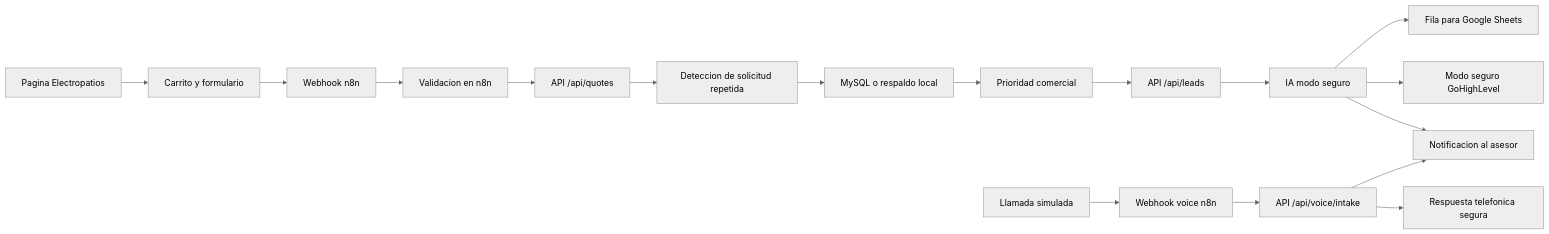
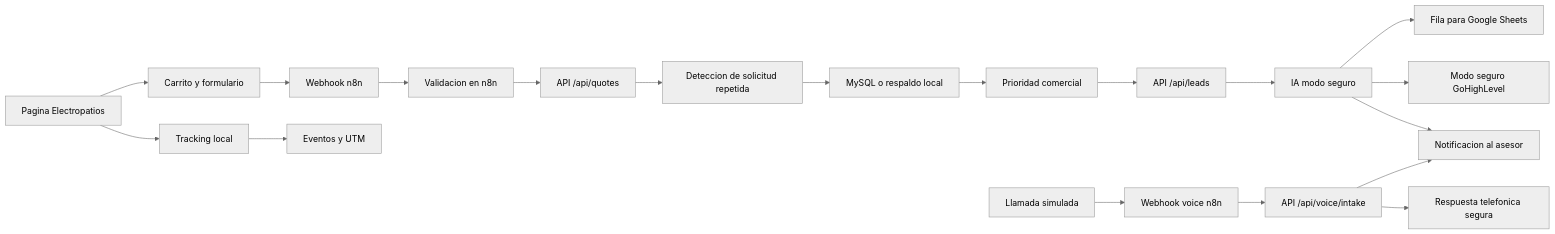
The diagram in README.md (deyson24ivan/electropatios-quote-system), drawn with Mermaid (neutral theme) before and after one commit. The commit also changed other lines of this file and 13 other files, not shown here.

Commit message:
Add local tracking and UTM events

````diff
--- a/README.md
+++ b/README.md
@@ -162,19 +171,21 @@
 ```mermaid
 flowchart LR
   A["Pagina Electropatios"] --> B["Carrito y formulario"]
   B --> C["Webhook n8n"]
   C --> D["Validacion en n8n"]
   D --> E["API /api/quotes"]
   E --> F["Deteccion de solicitud repetida"]
   F --> G["MySQL o respaldo local"]
   G --> H["Prioridad comercial"]
   H --> I["API /api/leads"]
   I --> J["IA modo seguro"]
   J --> K["Fila para Google Sheets"]
   J --> L["Modo seguro GoHighLevel"]
   J --> M["Notificacion al asesor"]
+  A --> R["Tracking local"]
+  R --> S["Eventos y UTM"]
   N["Llamada simulada"] --> O["Webhook voice n8n"]
   O --> P["API /api/voice/intake"]
   P --> Q["Respuesta telefonica segura"]
   P --> M
 ```
````
